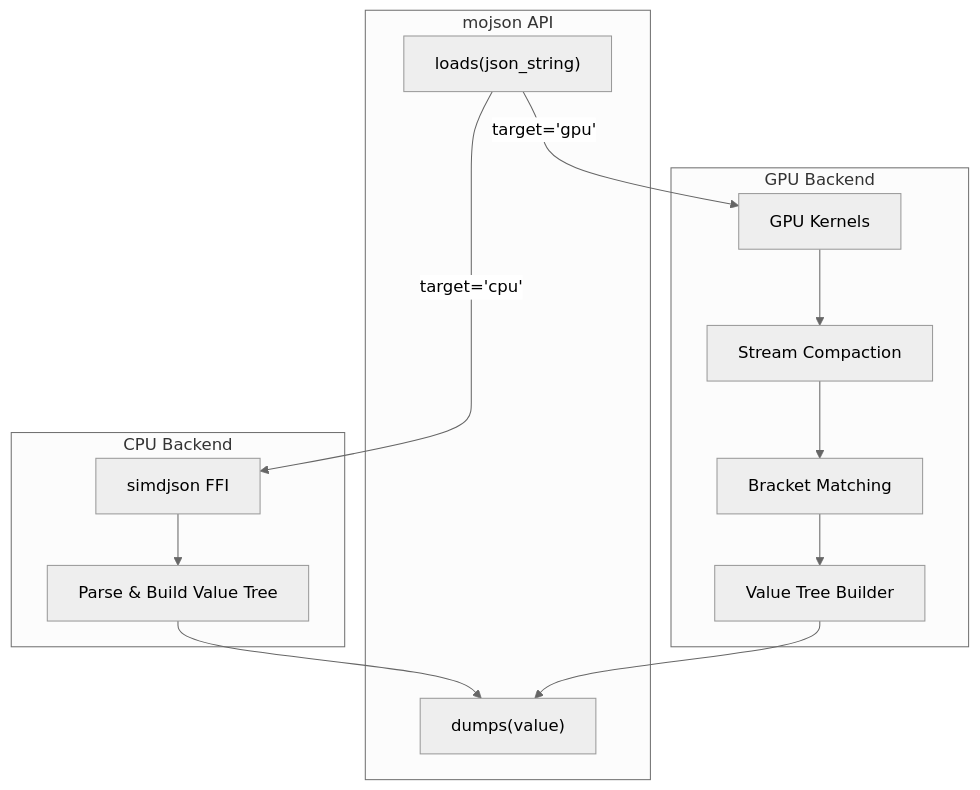
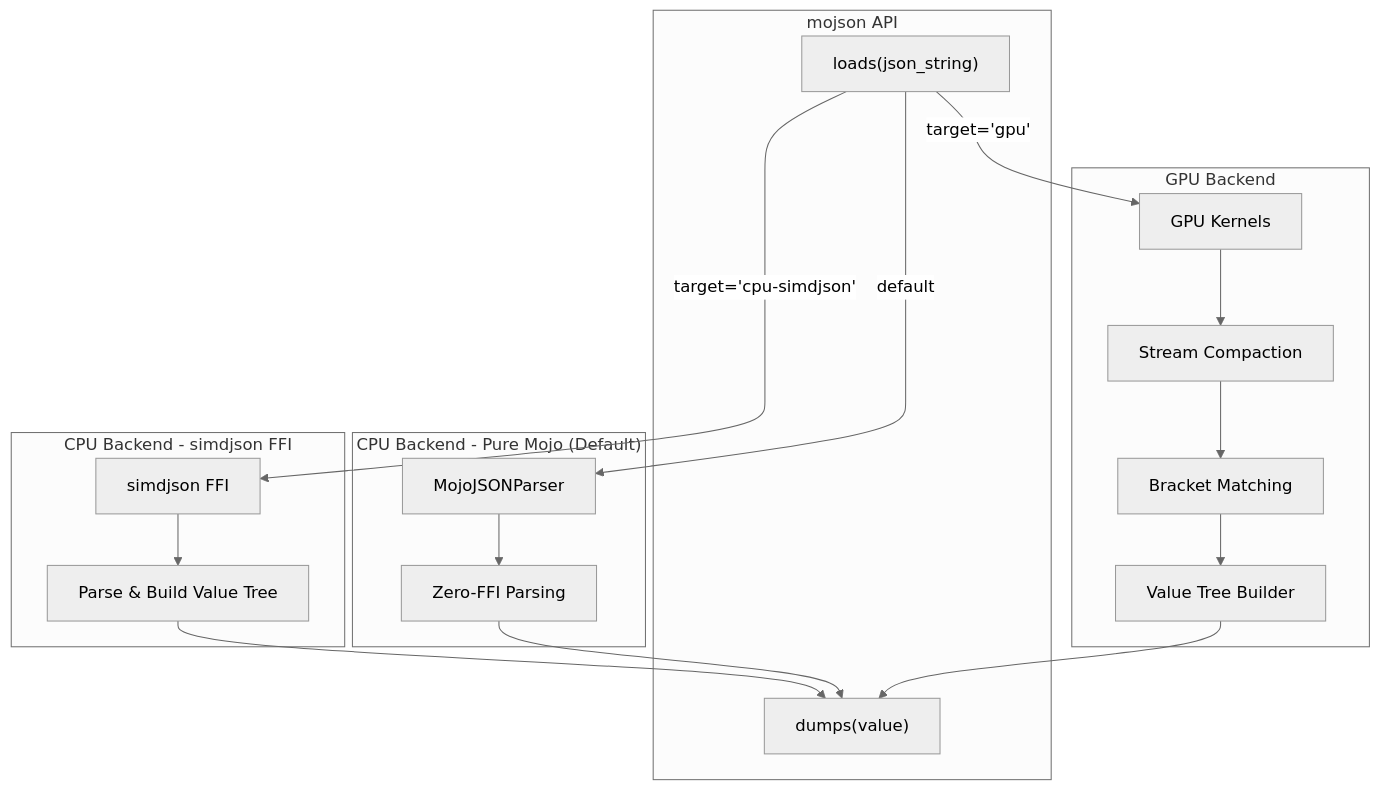
The first of 2 diagrams in docs/architecture.md (ehsanmok/mojson), drawn with Mermaid (neutral theme) before and after one commit. The commit also changed other lines of this file and 10 other files, not shown here.

Commit message:
Add mojo native cpu backend

````diff
--- a/docs/architecture.md
+++ b/docs/architecture.md
@@ -7,28 +7,36 @@
 ```mermaid
 graph TB
     subgraph "mojson API"
         loads["loads(json_string)"]
         dumps["dumps(value)"]
     end
 
-    subgraph "CPU Backend"
+    subgraph "CPU Backend - Pure Mojo (Default)"
+        mojo_parser["MojoJSONParser"]
+        mojo_parse["Zero-FFI Parsing"]
+    end
+
+    subgraph "CPU Backend - simdjson FFI"
         simdjson["simdjson FFI"]
         cpu_parse["Parse & Build Value Tree"]
     end
 
     subgraph "GPU Backend"
         gpu_kernels["GPU Kernels"]
         stream_compact["Stream Compaction"]
         bracket_match["Bracket Matching"]
         tree_build["Value Tree Builder"]
     end
 
-    loads -->|"target='cpu'"| simdjson
+    loads -->|"default"| mojo_parser
+    loads -->|"target='cpu-simdjson'"| simdjson
     loads -->|"target='gpu'"| gpu_kernels
     simdjson --> cpu_parse
+    mojo_parser --> mojo_parse
     gpu_kernels --> stream_compact
     stream_compact --> bracket_match
     bracket_match --> tree_build
     cpu_parse --> dumps
+    mojo_parse --> dumps
     tree_build --> dumps
 ```
````
